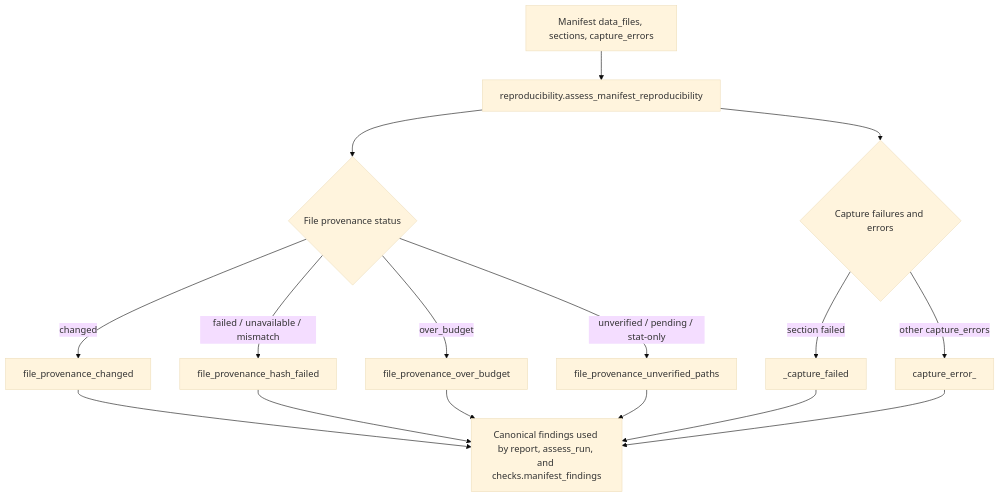
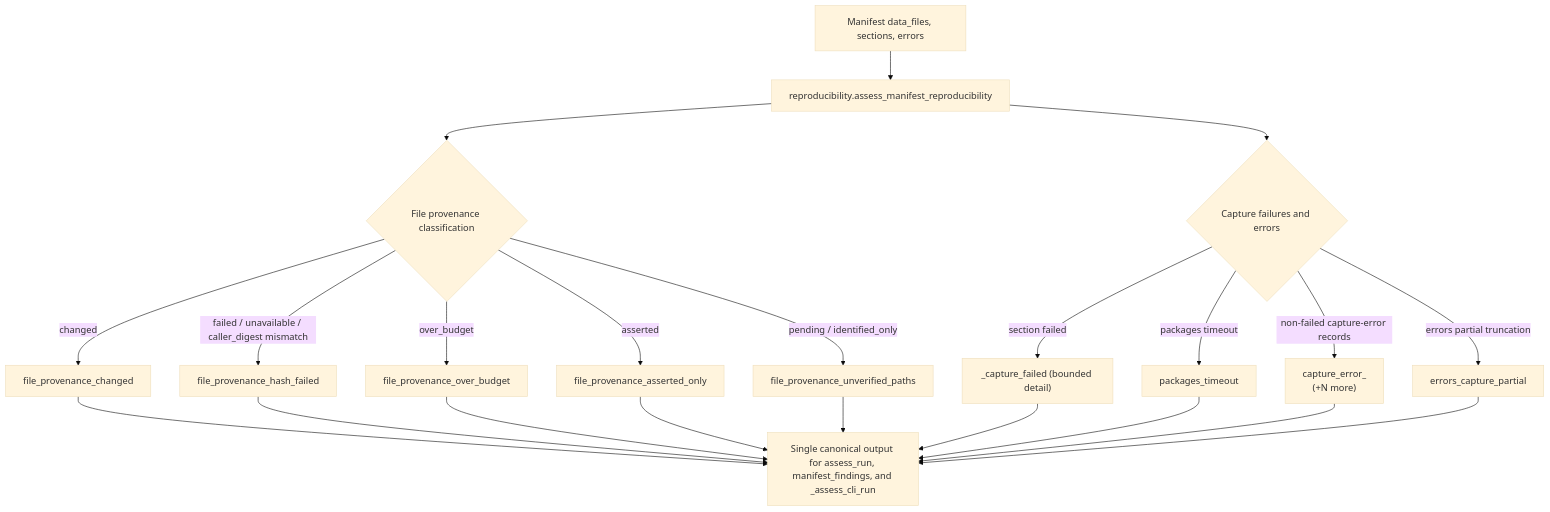
The diagram in .aw/records/plans/pending/20261123-bjgca2-01-nasg1q-unify-file-provenance-and-capture-error-finding-codes-across.ipd.md (fariello/pubrun), drawn with Mermaid (base theme) before and after one commit. The commit also changed other lines of this file and 3 other files, not shown here.

````diff
--- a/.aw/records/plans/pending/20261123-bjgca2-01-nasg1q-unify-file-provenance-and-capture-error-finding-codes-across.ipd.md
+++ b/.aw/records/plans/pending/20261123-bjgca2-01-nasg1q-unify-file-provenance-and-capture-error-finding-codes-across.ipd.md
@@ -80,18 +97,24 @@
 ```mermaid
 flowchart TD
-    M[Manifest data_files, sections, capture_errors] --> R[reproducibility.assess_manifest_reproducibility]
-    R --> FP{File provenance status}
+    M[Manifest data_files, sections, errors] --> R[reproducibility.assess_manifest_reproducibility]
+    R --> FP{File provenance classification}
     FP -->|changed| C1[file_provenance_changed]
-    FP -->|failed / unavailable / mismatch| C2[file_provenance_hash_failed]
+    FP -->|failed / unavailable / caller_digest mismatch| C2[file_provenance_hash_failed]
     FP -->|over_budget| C3[file_provenance_over_budget]
-    FP -->|unverified / pending / stat-only| C4[file_provenance_unverified_paths]
+    FP -->|asserted| C4[file_provenance_asserted_only]
+    FP -->|pending / identified_only| C5[file_provenance_unverified_paths]
     R --> CE{Capture failures and errors}
-    CE -->|section failed| C5["<section>_capture_failed"]
-    CE -->|other capture_errors| C6["capture_error_<section>"]
-    C1 --> OUT[Canonical findings used by report, assess_run, and checks.manifest_findings]
+    CE -->|section failed| C6["<section>_capture_failed (bounded detail)"]
+    CE -->|packages timeout| C7[packages_timeout]
+    CE -->|non-failed capture-error records| C8["capture_error_<section> (+N more)"]
+    CE -->|errors partial truncation| C9[errors_capture_partial]
+    C1 --> OUT[Single canonical output for assess_run, manifest_findings, and _assess_cli_run]
     C2 --> OUT
     C3 --> OUT
     C4 --> OUT
     C5 --> OUT
     C6 --> OUT
+    C7 --> OUT
+    C8 --> OUT
+    C9 --> OUT
 ```
````
